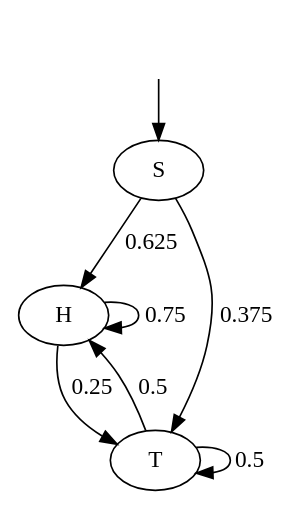
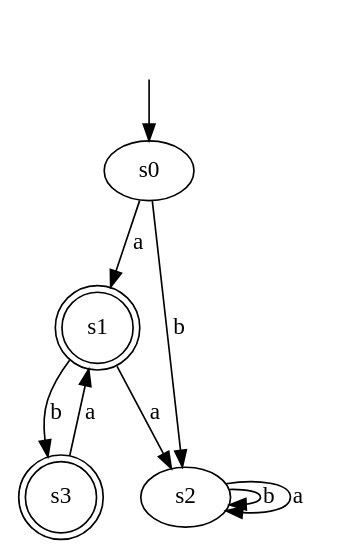
The diagram in data/learned_dfa.dot (pepe5p/grammar-induction), drawn with Graphviz before and after one commit. The commit also changed 18 other files, not shown here.

```diff
--- a/data/learned_dfa.dot
+++ b/data/learned_dfa.dot
@@ -1,13 +1,15 @@
 digraph learned_dfa {
-q0 [label="S"];
-q1 [label="H"];
-q2 [label="T"];
-q0 -> q1 [label=0.625];
-q0 -> q2 [label=0.375];
-q1 -> q1 [label=0.75];
-q1 -> q2 [label=0.25];
-q2 -> q1 [label=0.5];
-q2 -> q2 [label=0.5];
+s0 [label="s0"];
+s1 [label="s1", shape=doublecircle];
+s2 [label="s2"];
+s3 [label="s3", shape=doublecircle];
+s0 -> s1 [label="a"];
+s0 -> s2 [label="b"];
+s1 -> s3 [label="b"];
+s1 -> s2 [label="a"];
+s2 -> s2 [label="b"];
+s2 -> s2 [label="a"];
+s3 -> s1 [label="a"];
 __start0 [shape=none, label=""];
-__start0 -> q0 [label=""];
+__start0 -> s0 [label=""];
 }
```
